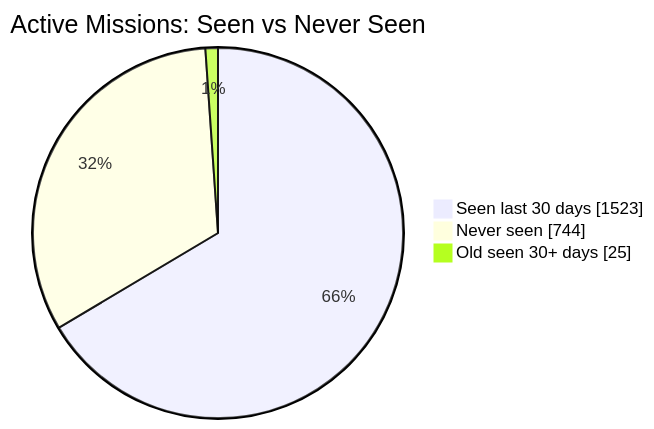
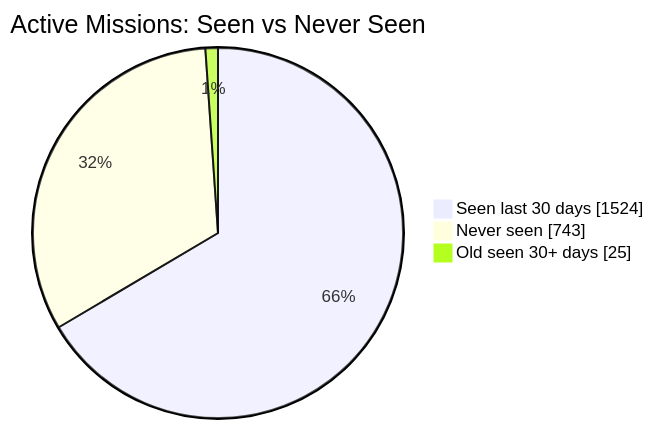
Before and after one commit to MeldkamerspelGameTeam/active-missions: the first of 2 diagrams in README.md, drawn with Mermaid. The commit also changed other lines of this file and 3 other files, not shown here.

````diff
--- a/README.md
+++ b/README.md
@@ -34,7 +34,7 @@
 ```mermaid
 pie showData
     title Active Missions: Seen vs Never Seen
-    "Seen last 30 days" : 1523
-    "Never seen" : 744
+    "Seen last 30 days" : 1524
+    "Never seen" : 743
     "Old seen 30+ days" : 25
 ```
````
